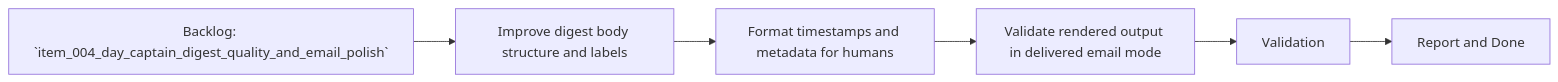
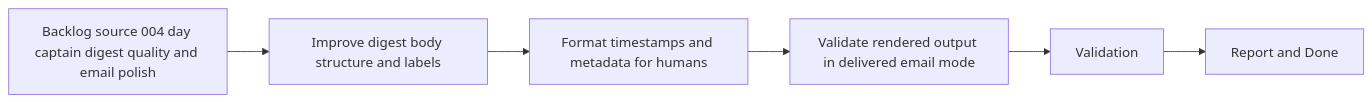
The diagram in logics/tasks/task_008_day_captain_email_rendering_and_formatting_upgrade.md (AlexAgo83/day-captain), drawn with Mermaid before and after one commit. The commit also changed 40 other files, not shown here.

Commit message:
Normalize Logics Mermaid diagrams

````diff
--- a/logics/tasks/task_008_day_captain_email_rendering_and_formatting_upgrade.md
+++ b/logics/tasks/task_008_day_captain_email_rendering_and_formatting_upgrade.md
@@ -18,8 +18,8 @@
 ```mermaid
 flowchart LR
-    Backlog[Backlog: `item_004_day_captain_digest_quality_and_email_polish`] --> Step1[Improve digest body structure and labels]
+    Backlog[Backlog source 004 day captain digest quality and email polish] --> Step1[Improve digest body structure and labels]
     Step1 --> Step2[Format timestamps and metadata for humans]
     Step2 --> Step3[Validate rendered output in delivered email mode]
     Step3 --> Validation[Validation]
     Validation --> Report[Report and Done]
 ```
````
